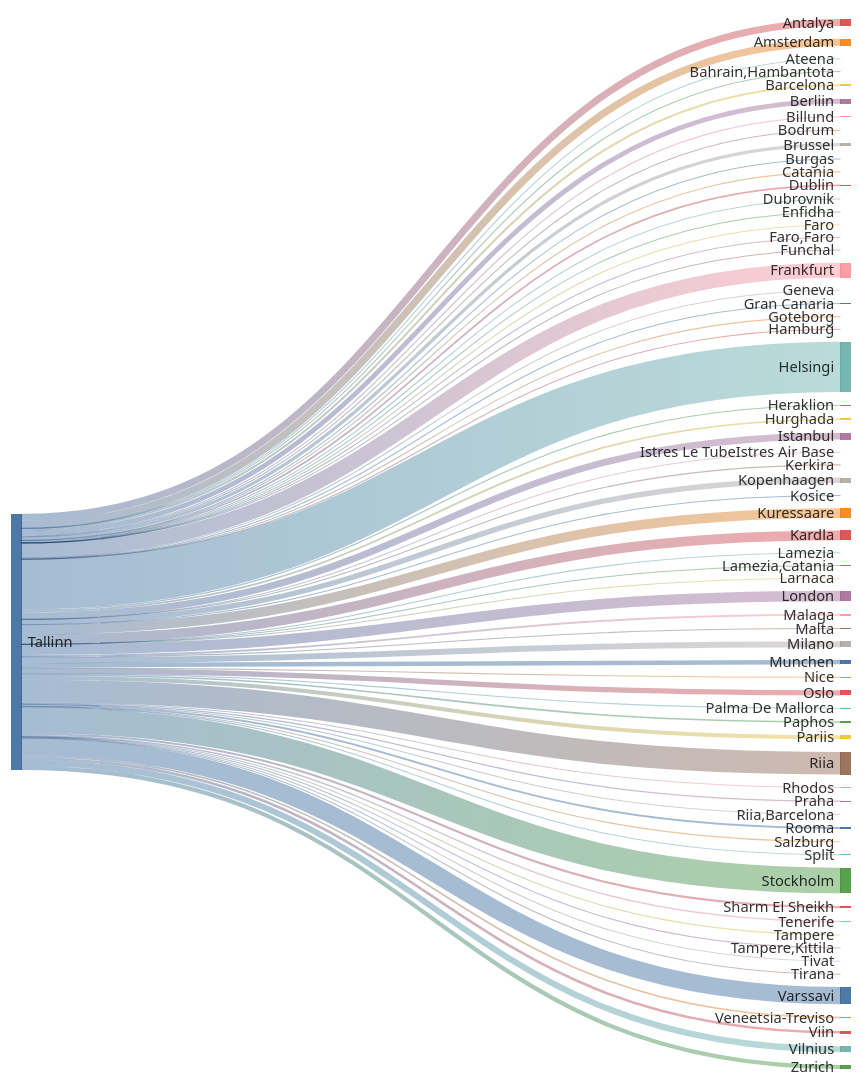
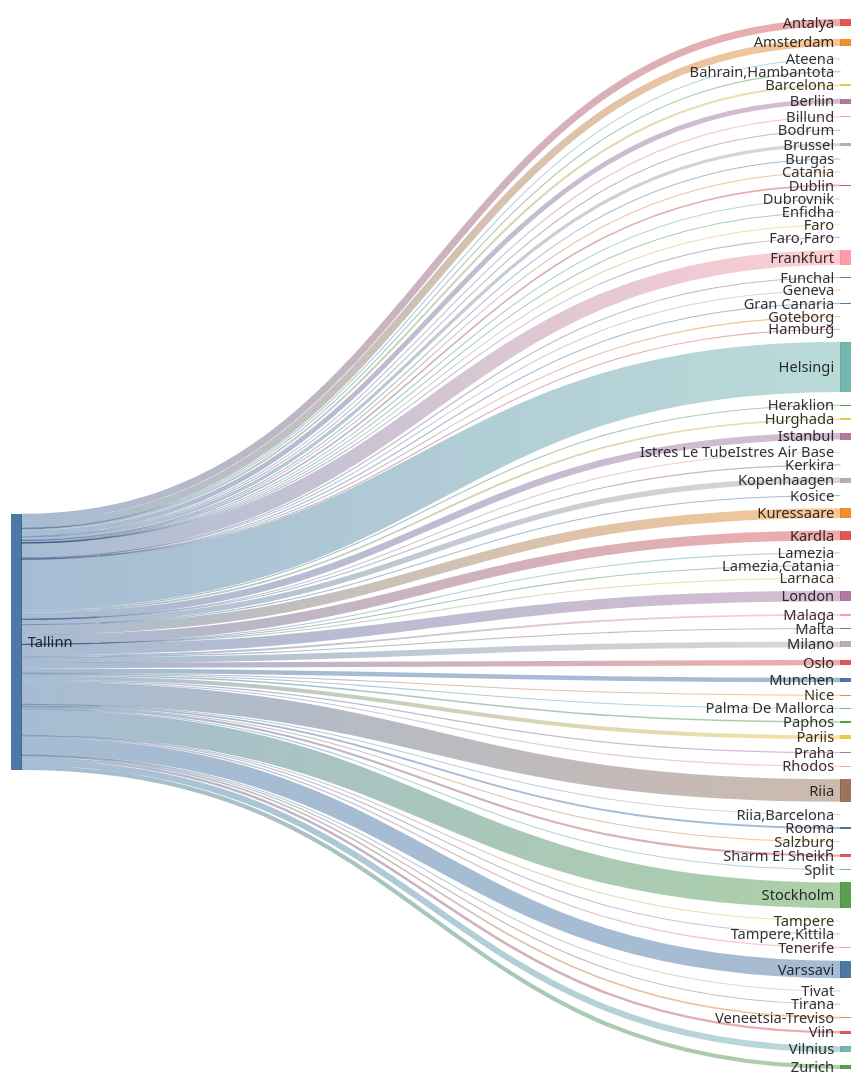
Before and after one commit to rainermesi/tll-airport-departures: the second of 2 diagrams in README.md, drawn with Mermaid. The commit also changed other lines of this file and 1 other file, not shown here.

````diff
--- a/README.md
+++ b/README.md
@@ -34,77 +34,77 @@
 ```mermaid
 ---
 config:
   sankey:
     showValues: false
     width: 800
     height: 1000
 ---
 sankey-beta
 %% source,target,value
-Tallinn,Amsterdam,305
-Tallinn,Antalya,294
+Tallinn,Amsterdam,307
+Tallinn,Antalya,297
 Tallinn,Ateena,16
 Tallinn,"Bahrain,Hambantota",1
 Tallinn,Barcelona,84
-Tallinn,Berliin,204
+Tallinn,Berliin,206
 Tallinn,Billund,51
 Tallinn,Bodrum,11
 Tallinn,Brussel,136
-Tallinn,Burgas,21
+Tallinn,Burgas,22
 Tallinn,Catania,2
 Tallinn,Dublin,69
 Tallinn,Dubrovnik,21
 Tallinn,Enfidha,7
 Tallinn,Faro,4
 Tallinn,"Faro,Faro",1
-Tallinn,Frankfurt,626
+Tallinn,Frankfurt,628
 Tallinn,Funchal,5
 Tallinn,Geneva,13
 Tallinn,Gran Canaria,38
 Tallinn,Goteborg,1
 Tallinn,Hamburg,2
-Tallinn,Helsingi,2105
-Tallinn,Heraklion,49
+Tallinn,Helsingi,2115
+Tallinn,Heraklion,50
 Tallinn,Hurghada,75
-Tallinn,Istanbul,284
+Tallinn,Istanbul,285
 Tallinn,Istres Le TubeIstres Air Base,2
 Tallinn,Kerkira,4
-Tallinn,Kopenhaagen,227
+Tallinn,Kopenhaagen,230
 Tallinn,Kosice,1
-Tallinn,Kuressaare,409
-Tallinn,Kardla,409
+Tallinn,Kuressaare,411
+Tallinn,Kardla,411
 Tallinn,Lamezia,1
 Tallinn,"Lamezia,Catania",3
 Tallinn,Larnaca,4
-Tallinn,London,438
+Tallinn,London,439
 Tallinn,Malaga,81
 Tallinn,Malta,16
-Tallinn,Milano,246
-Tallinn,Munchen,189
-Tallinn,Nice,26
-Tallinn,Oslo,223
+Tallinn,Milano,247
+Tallinn,Munchen,191
+Tallinn,Nice,27
+Tallinn,Oslo,224
 Tallinn,Palma De Mallorca,20
 Tallinn,Paphos,66
-Tallinn,Pariis,168
+Tallinn,Pariis,169
 Tallinn,Praha,52
 Tallinn,Rhodos,34
-Tallinn,Riia,949
+Tallinn,Riia,953
 Tallinn,"Riia,Barcelona",1
 Tallinn,Rooma,80
 Tallinn,Salzburg,14
-Tallinn,Sharm El Sheikh,91
+Tallinn,Sharm El Sheikh,92
 Tallinn,Split,27
-Tallinn,Stockholm,1077
+Tallinn,Stockholm,1082
 Tallinn,Tampere,17
 Tallinn,"Tampere,Kittila",21
 Tallinn,Tenerife,58
 Tallinn,Tirana,8
 Tallinn,Tivat,28
-Tallinn,Varssavi,729
+Tallinn,Varssavi,732
 Tallinn,Veneetsia-Treviso,67
 Tallinn,Viin,106
-Tallinn,Vilnius,258
+Tallinn,Vilnius,260
 Tallinn,Zurich,175
 
 
 ```
````
